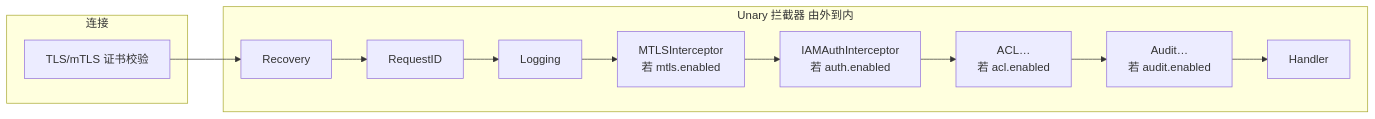
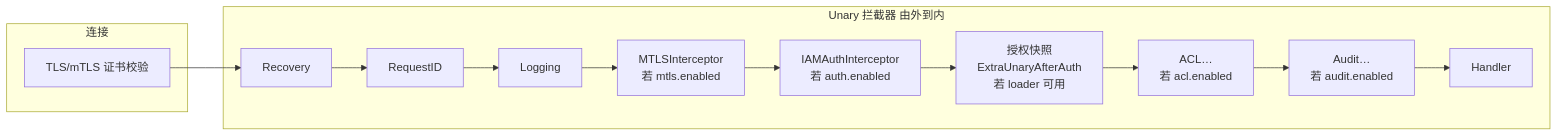
One commit to FangcunMount/qs-server changed the fourth of 4 diagrams in docs/01-运行时/05-IAM认证与身份链路.md. Above: the diagram before and after it, drawn with Mermaid. The commit also changed other lines of this file, not shown here.

````diff
--- a/docs/01-运行时/05-IAM认证与身份链路.md
+++ b/docs/01-运行时/05-IAM认证与身份链路.md
@@ -115,19 +115,20 @@
 ```mermaid
 flowchart LR
     subgraph transport[连接]
         TLS[TLS/mTLS 证书校验]
     end
 
     subgraph chain[Unary 拦截器 由外到内]
         R[Recovery]
         RID[RequestID]
         L[Logging]
         MI[MTLSInterceptor<br/>若 mtls.enabled]
         IA[IAMAuthInterceptor<br/>若 auth.enabled]
+        AS[授权快照<br/>ExtraUnaryAfterAuth<br/>若 loader 可用]
         AC[ACL…<br/>若 acl.enabled]
         AU[Audit…<br/>若 audit.enabled]
         H[Handler]
     end
 
-    TLS --> R --> RID --> L --> MI --> IA --> AC --> AU --> H
+    TLS --> R --> RID --> L --> MI --> IA --> AS --> AC --> AU --> H
 ```
````
